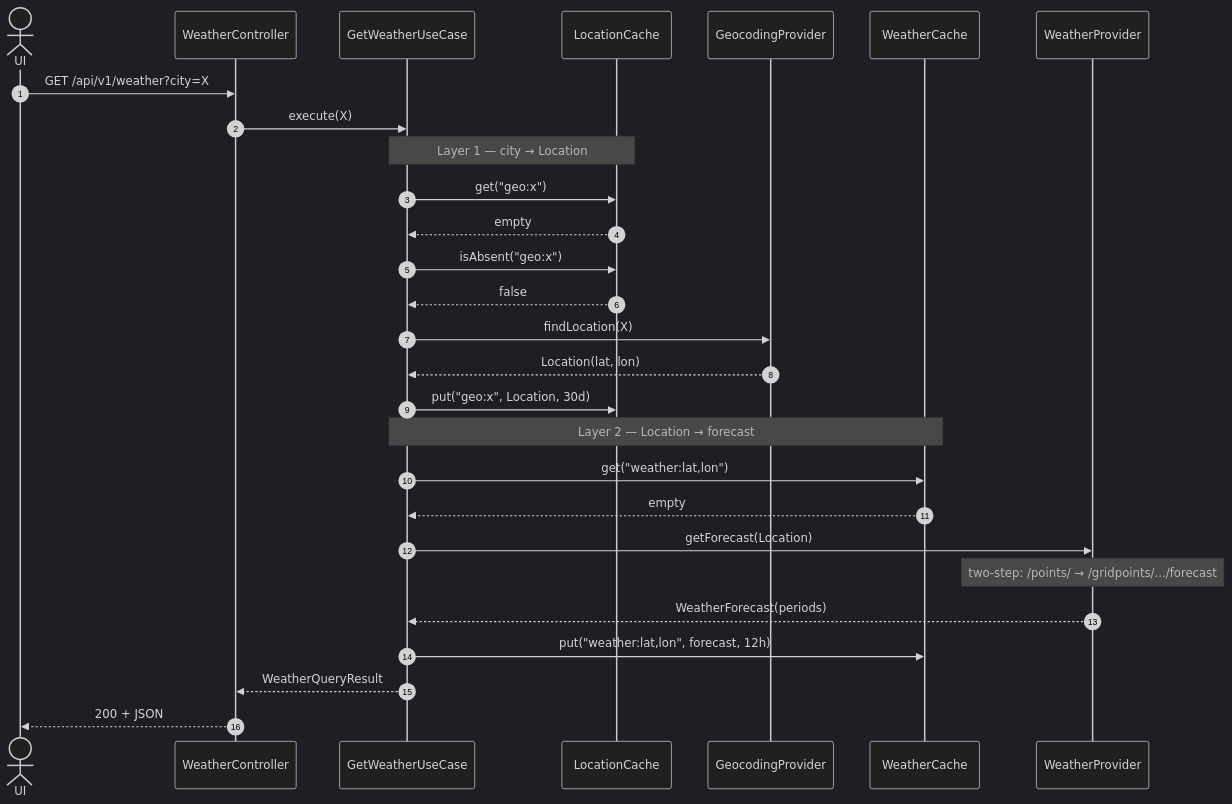
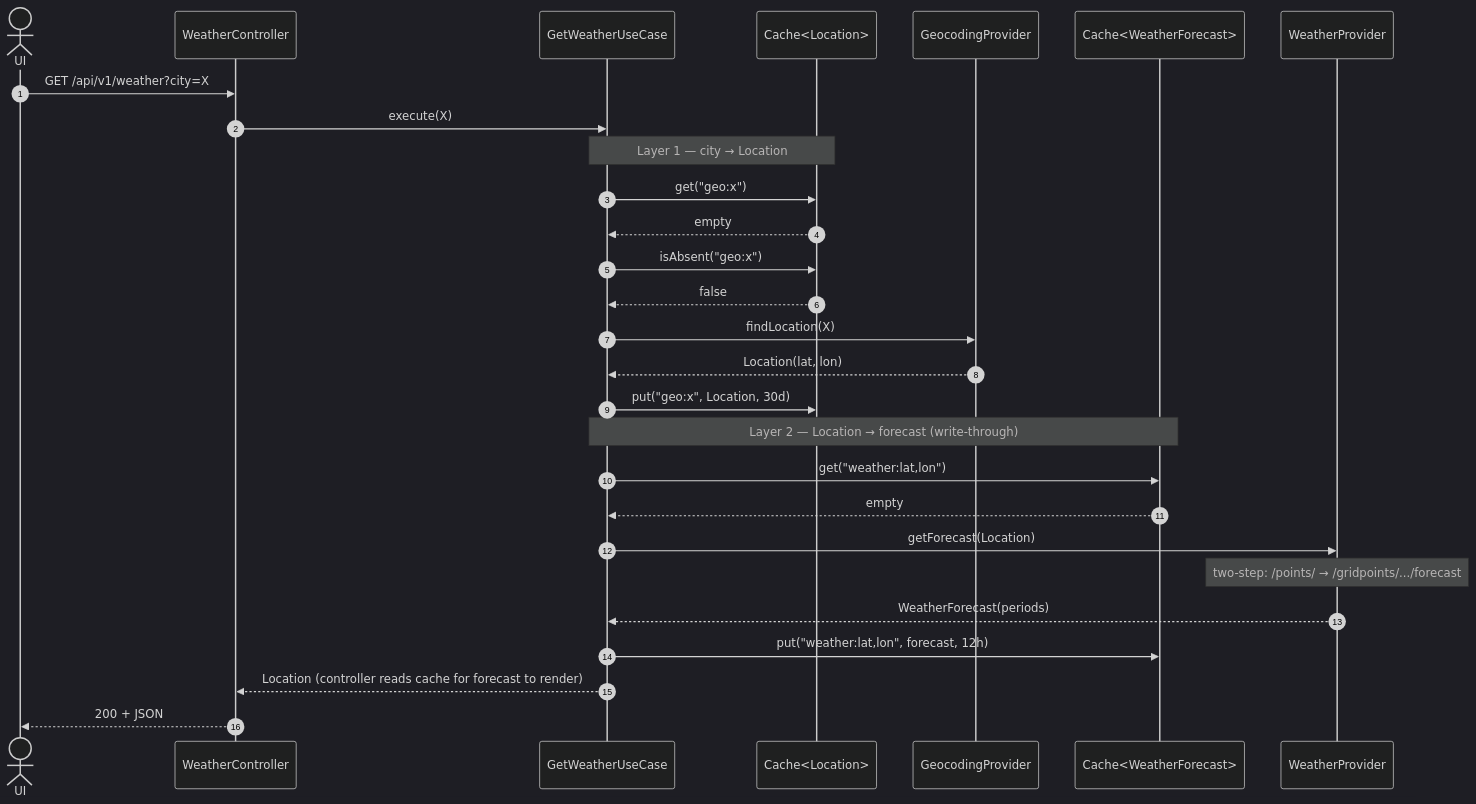
The second of 3 diagrams in docs/use-cases.md (ythalorossy/weather-wrapper-service), drawn with Mermaid (dark theme) before and after one commit. The commit also changed other lines of this file and 7 other files, not shown here.

````diff
--- a/docs/use-cases.md
+++ b/docs/use-cases.md
@@ -91,34 +91,34 @@
 ```mermaid
 sequenceDiagram
     autonumber
     actor UI
     participant Ctrl as WeatherController
     participant UC as GetWeatherUseCase
-    participant LC as LocationCache
+    participant LC as Cache<Location>
     participant GP as GeocodingProvider
-    participant WC as WeatherCache
+    participant WC as Cache<WeatherForecast>
     participant WP as WeatherProvider
 
     UI->>Ctrl: GET /api/v1/weather?city=X
     Ctrl->>UC: execute(X)
 
     Note over UC,LC: Layer 1 — city → Location
     UC->>LC: get("geo:x")
     LC-->>UC: empty
     UC->>LC: isAbsent("geo:x")
     LC-->>UC: false
     UC->>GP: findLocation(X)
     GP-->>UC: Location(lat, lon)
     UC->>LC: put("geo:x", Location, 30d)
 
-    Note over UC,WC: Layer 2 — Location → forecast
+    Note over UC,WC: Layer 2 — Location → forecast (write-through)
     UC->>WC: get("weather:lat,lon")
     WC-->>UC: empty
     UC->>WP: getForecast(Location)
     Note over WP: two-step: /points/ → /gridpoints/.../forecast
     WP-->>UC: WeatherForecast(periods)
     UC->>WC: put("weather:lat,lon", forecast, 12h)
 
-    UC-->>Ctrl: WeatherQueryResult
+    UC-->>Ctrl: Location (controller reads cache for forecast to render)
     Ctrl-->>UI: 200 + JSON
 ```
````
